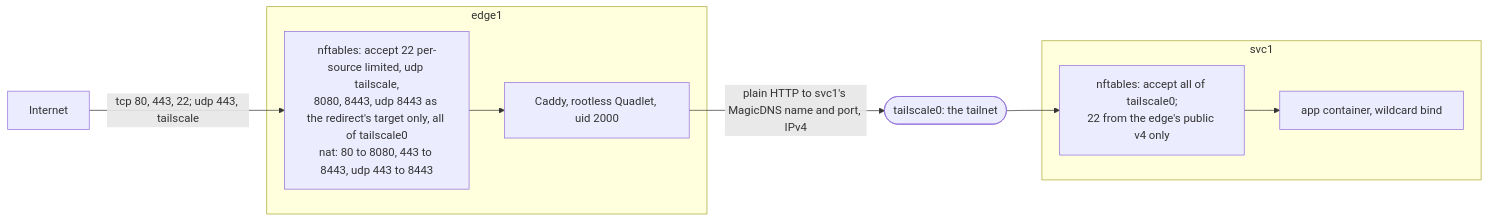
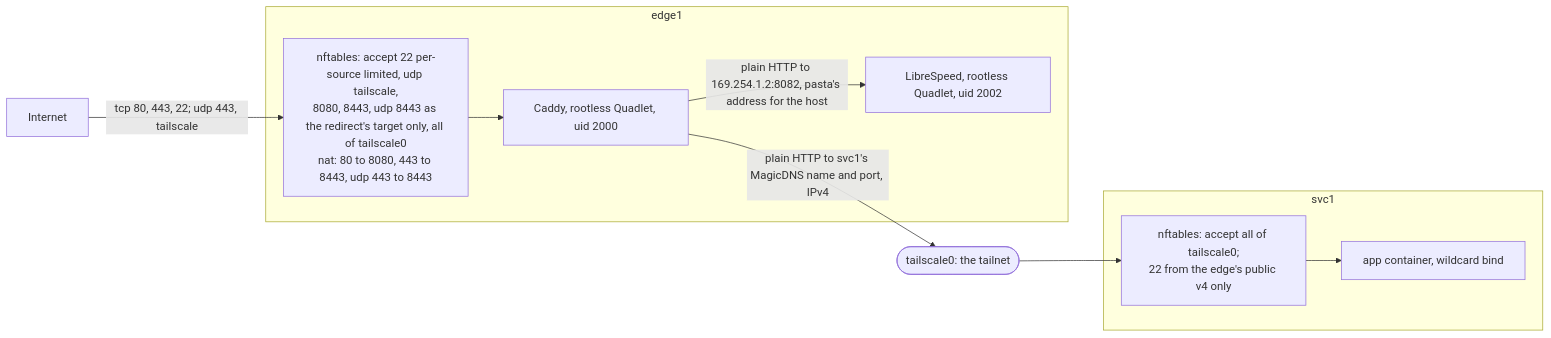
Before and after one commit to aryonoco/deerlab: the first of 4 diagrams in docs/runbook.md, drawn with Mermaid. The commit also changed other lines of this file and 1 other file, not shown here.

First line of the commit message:
docs: describe the speed test on the edge

````diff
--- a/docs/runbook.md
+++ b/docs/runbook.md
@@ -55,17 +55,19 @@
 ```mermaid
 flowchart LR
   net["Internet"]
   subgraph edge1
     nft1["nftables: accept 22 per-source limited, udp tailscale,<br/>8080, 8443, udp 8443 as the redirect's target only, all of tailscale0<br/>nat: 80 to 8080, 443 to 8443, udp 443 to 8443"]
     caddy["Caddy, rootless Quadlet, uid 2000"]
+    speed["LibreSpeed, rootless Quadlet, uid 2002"]
   end
   subgraph svc1
     nft2["nftables: accept all of tailscale0;<br/>22 from the edge's public v4 only"]
     app["app container, wildcard bind"]
   end
   net -->|"tcp 80, 443, 22; udp 443, tailscale"| nft1
   nft1 --> caddy
+  caddy -->|"plain HTTP to 169.254.1.2:8082, pasta's address for the host"| speed
   caddy -->|"plain HTTP to svc1's MagicDNS name and port, IPv4"| ts(["tailscale0: the tailnet"])
   ts --> nft2
   nft2 --> app
 ```
````
